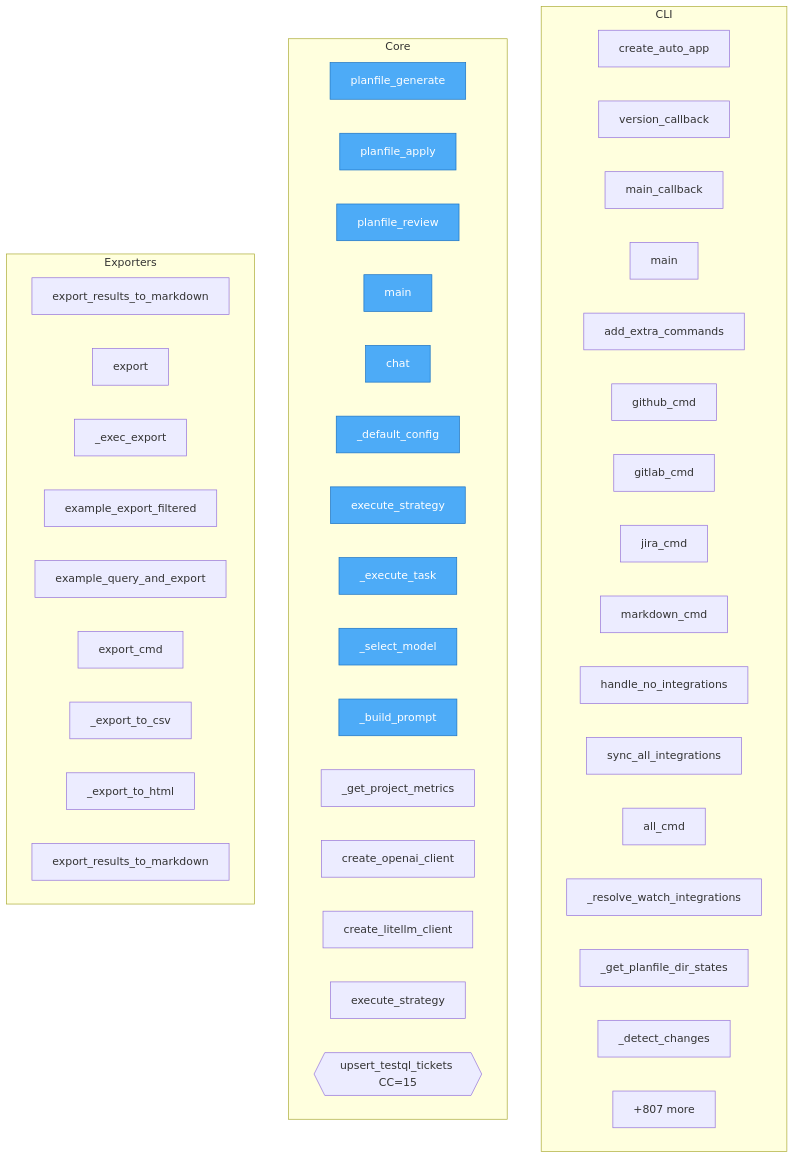
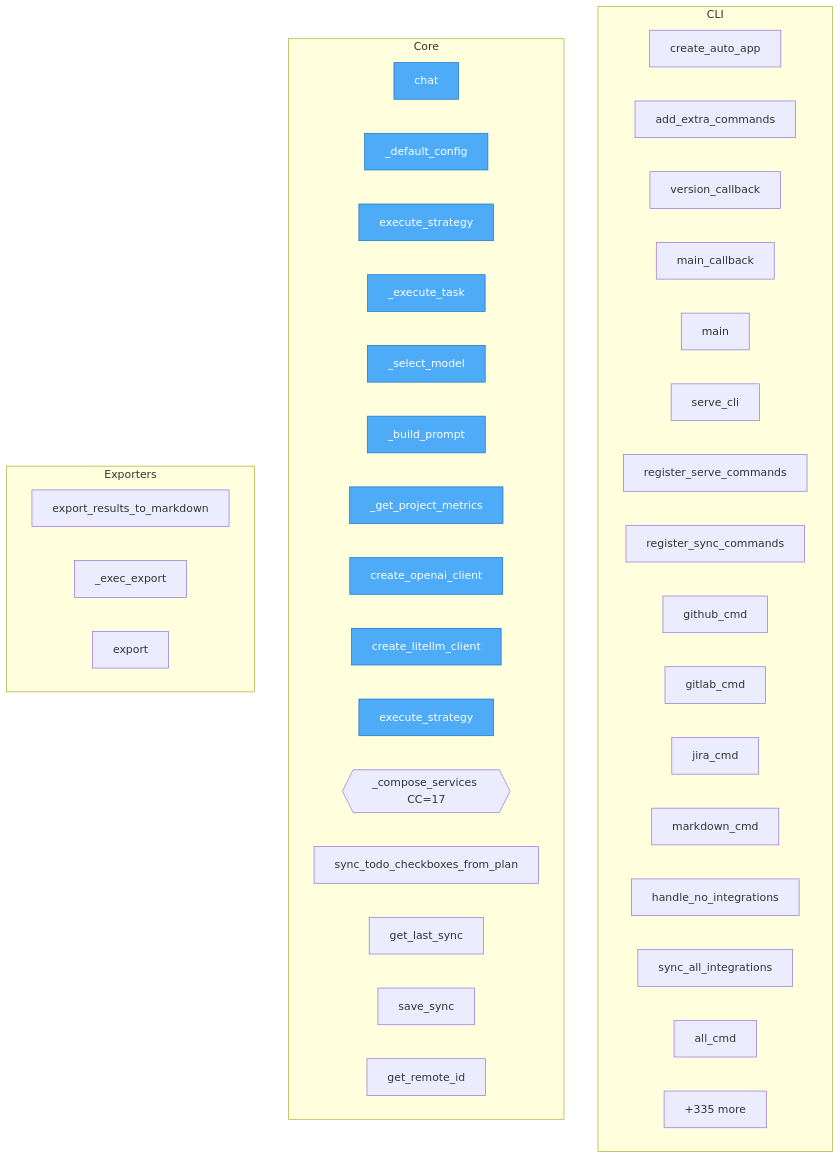
Before and after one commit to semcod/planfile: the diagram in project/flow.mmd, drawn with Mermaid. The commit also changed 27 other files, not shown here.

```diff
--- a/project/flow.mmd
+++ b/project/flow.mmd
@@ -1,56 +1,51 @@
 flowchart TD
+%% generated in 0.07s
 
     %% Entry points (blue)
     classDef entry fill:#4dabf7,stroke:#1971c2,color:#fff
 
     subgraph CLI
         planfile__cli__auto_loop__create_auto_app["create_auto_app"]
+        planfile__cli__extra_commands__add_extra_commands["add_extra_commands"]
         planfile__cli__commands__version_callback["version_callback"]
         planfile__cli__commands__main_callback["main_callback"]
         planfile__cli__commands__main["main"]
-        planfile__cli__extra_commands__add_extra_commands["add_extra_commands"]
+        planfile__cli__groups__serve__commands__serve_cli["serve_cli"]
+        planfile__cli__groups__serve__register_serve_commands["register_serve_commands"]
+        planfile__cli__groups__sync__register_sync_commands["register_sync_commands"]
         planfile__cli__groups__sync__commands__github_cmd["github_cmd"]
         planfile__cli__groups__sync__commands__gitlab_cmd["gitlab_cmd"]
         planfile__cli__groups__sync__commands__jira_cmd["jira_cmd"]
         planfile__cli__groups__sync__commands__markdown_cmd["markdown_cmd"]
         planfile__cli__groups__sync__commands__handle_no_integrations["handle_no_integrations"]
         planfile__cli__groups__sync__commands__sync_all_integrations["sync_all_integrations"]
         planfile__cli__groups__sync__commands__all_cmd["all_cmd"]
-        planfile__cli__groups__sync__commands___resolve_watch_integrations["_resolve_watch_integrations"]
-        planfile__cli__groups__sync__commands___get_planfile_dir_states["_get_planfile_dir_states"]
-        planfile__cli__groups__sync__commands___detect_changes["_detect_changes"]
-        ...["+175 more"]
+        ...["+184 more"]
     end
 
     subgraph Core
-        mcp_server_example__planfile_generate["planfile_generate"]
-        mcp_server_example__planfile_apply["planfile_apply"]
-        mcp_server_example__planfile_review["planfile_review"]
-        mcp_server_example__main["main"]
         planfile__executor_standalone__LLMClient__chat["chat"]
         planfile__executor_standalone__StrategyExecutor___default_config["_default_config"]
         planfile__executor_standalone__StrategyExecutor__execute_strategy["execute_strategy"]
         planfile__executor_standalone__StrategyExecutor___execute_task["_execute_task"]
         planfile__executor_standalone__StrategyExecutor___select_model["_select_model"]
         planfile__executor_standalone__StrategyExecutor___build_prompt["_build_prompt"]
         planfile__executor_standalone__StrategyExecutor___get_project_metrics["_get_project_metrics"]
         planfile__executor_standalone__create_openai_client["create_openai_client"]
         planfile__executor_standalone__create_litellm_client["create_litellm_client"]
         planfile__executor_standalone__execute_strategy["execute_strategy"]
-        planfile__testql_integration__upsert_testql_tickets{{upsert_testql_tickets CC=15}}
-        ...["+807 more"]
+        planfile__runtime_context___compose_services{{_compose_services CC=17}}
+        planfile__todo_sync__sync_todo_checkboxes_from_planfile["sync_todo_checkboxes_from_plan"]
+        planfile__sync__state__SyncState__get_last_sync["get_last_sync"]
+        planfile__sync__state__SyncState__save_sync["save_sync"]
+        planfile__sync__state__SyncState__get_remote_id["get_remote_id"]
+        ...["+335 more"]
     end
 
     subgraph Exporters
         planfile__loaders__cli_loader__export_results_to_markdown["export_results_to_markdown"]
+        planfile__dsl__executor__DSLExecutor___exec_export["_exec_export"]
         planfile__core__models__strategy__Strategy__export["export"]
-        planfile__dsl__executor__DSLExecutor___exec_export["_exec_export"]
-        project__map__toon__example_export_filtered["example_export_filtered"]
-        project__map__toon__example_query_and_export["example_query_and_export"]
-        project__map__toon__export_cmd["export_cmd"]
-        project__map__toon___export_to_csv["_export_to_csv"]
-        project__map__toon___export_to_html["_export_to_html"]
-        project__map__toon__export_results_to_markdown["export_results_to_markdown"]
     end
 
-    class mcp_server_example__planfile_generate,mcp_server_example__planfile_apply,mcp_server_example__planfile_review,mcp_server_example__main,planfile__executor_standalone__LLMClient__chat,planfile__executor_standalone__StrategyExecutor___default_config,planfile__executor_standalone__StrategyExecutor__execute_strategy,planfile__executor_standalone__StrategyExecutor___execute_task,planfile__executor_standalone__StrategyExecutor___select_model,planfile__executor_standalone__StrategyExecutor___build_prompt entry
+    class planfile__executor_standalone__LLMClient__chat,planfile__executor_standalone__StrategyExecutor___default_config,planfile__executor_standalone__StrategyExecutor__execute_strategy,planfile__executor_standalone__StrategyExecutor___execute_task,planfile__executor_standalone__StrategyExecutor___select_model,planfile__executor_standalone__StrategyExecutor___build_prompt,planfile__executor_standalone__StrategyExecutor___get_project_metrics,planfile__executor_standalone__create_openai_client,planfile__executor_standalone__create_litellm_client,planfile__executor_standalone__execute_strategy entry
```
